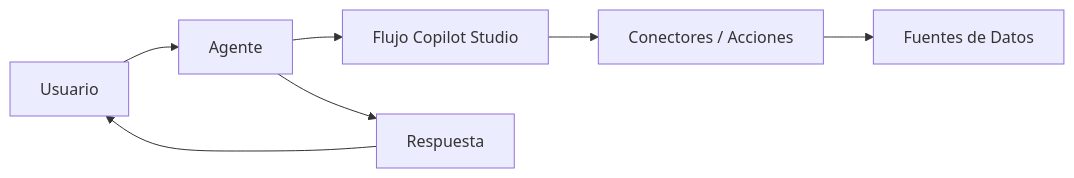
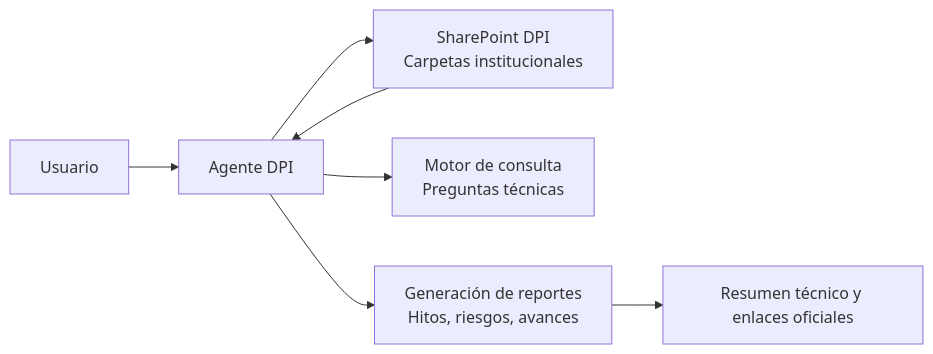
Before and after one commit to lab-innovacion-caf/Agentes: the first of 2 diagrams in README.md, drawn with Mermaid. The commit also changed other lines of this file, not shown here.

Commit message:
Readme de Agente DPI

````diff
--- a/README.md
+++ b/README.md
@@ -47,9 +131,9 @@
 ```mermaid
 flowchart LR
-    U[Usuario] --> A[Agente]
-    A --> F[Flujo Copilot Studio]
-    F --> C[Conectores / Acciones]
-    C --> D[Fuentes de Datos]
-    A --> R[Respuesta]
-    R --> U
+    U[Usuario] --> D[Agente DPI]
+    D --> SP[SharePoint DPI<br>Carpetas institucionales]
+    D --> Q[Motor de consulta<br>Preguntas técnicas]
+    D --> R[Generación de reportes<br>Hitos, riesgos, avances]
+    SP --> D
+    R --> U2[Resumen técnico y enlaces oficiales]
 ```
````
